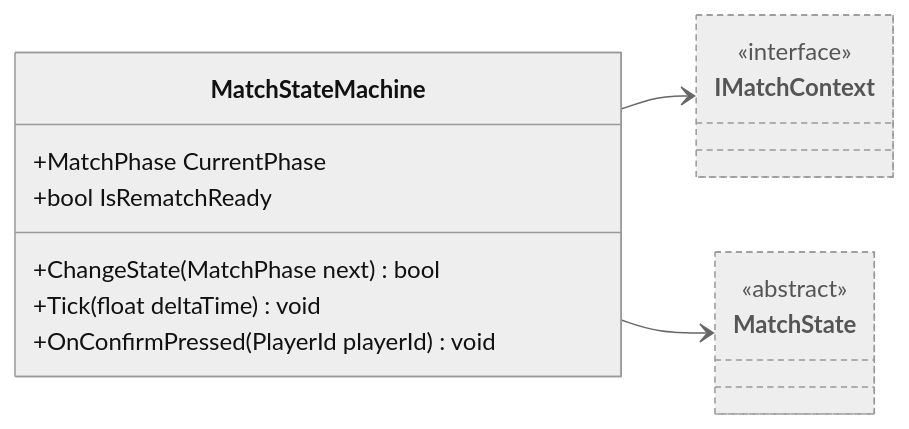
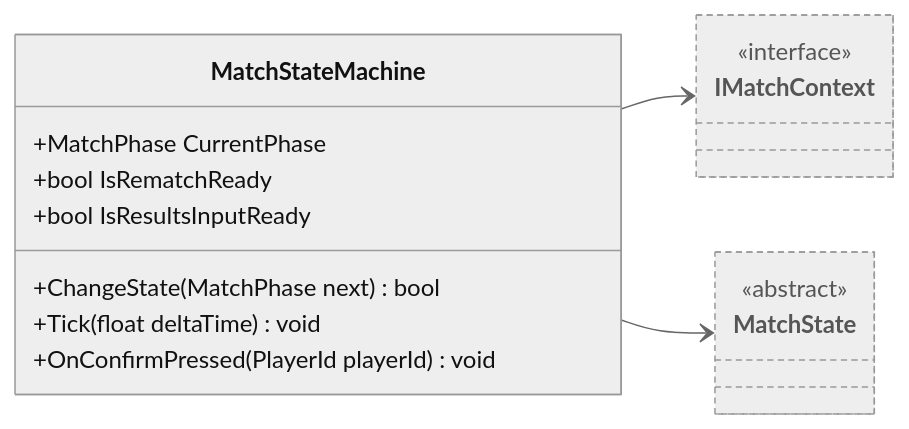
Before and after one commit to Chacashi/Alien-Farms: the diagram in Docs/Arquitectura/Clases/Match/MatchStateMachine.md, drawn with Mermaid (neutral theme). The commit also changed other lines of this file and 257 other files, not shown here.

````diff
--- a/Docs/Arquitectura/Clases/Match/MatchStateMachine.md
+++ b/Docs/Arquitectura/Clases/Match/MatchStateMachine.md
@@ -15,18 +15,19 @@
 ```mermaid
 classDiagram
   direction LR
   class MatchStateMachine {
     +MatchPhase CurrentPhase
     +bool IsRematchReady
+    +bool IsResultsInputReady
     +ChangeState(MatchPhase next) bool
     +Tick(float deltaTime) void
     +OnConfirmPressed(PlayerId playerId) void
   }
   class IMatchContext:::external
   <<interface>> IMatchContext
   class MatchState:::external
   <<abstract>> MatchState
   MatchStateMachine --> IMatchContext
   MatchStateMachine --> MatchState
   classDef external fill:#eee,stroke:#999,stroke-dasharray: 4 3,color:#555
 ```
````
